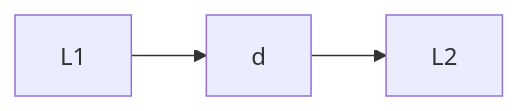
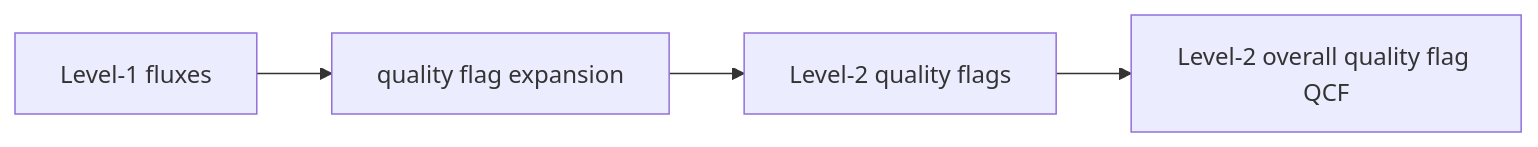
Before and after one commit to holukas/dataset_cha_fp2024_2005-2023: the diagram in docs/Flux_Post-processing.md, drawn with Mermaid.

````diff
--- a/docs/Flux_Post-processing.md
+++ b/docs/Flux_Post-processing.md
@@ -3,4 +3,4 @@
 ```mermaid
 flowchart LR
-	L1 --> d --> L2
+	L1[Level-1 fluxes] --> d[quality flag expansion] --> L2[Level-2 quality flags] --> QCF[Level-2 overall quality flag QCF]
 ```
````
